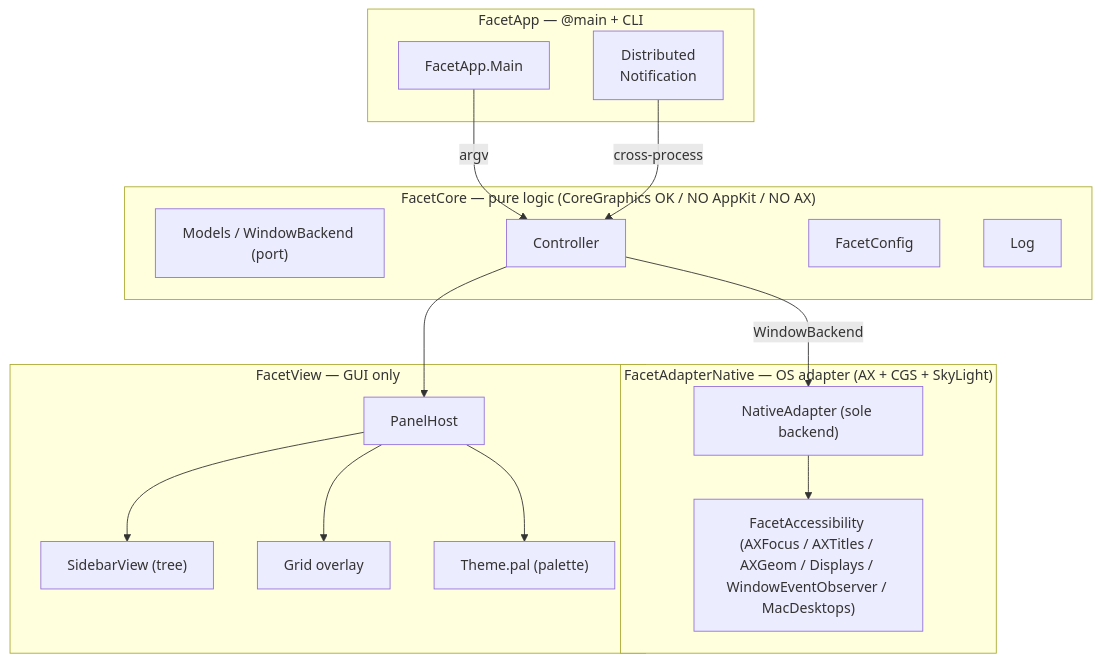
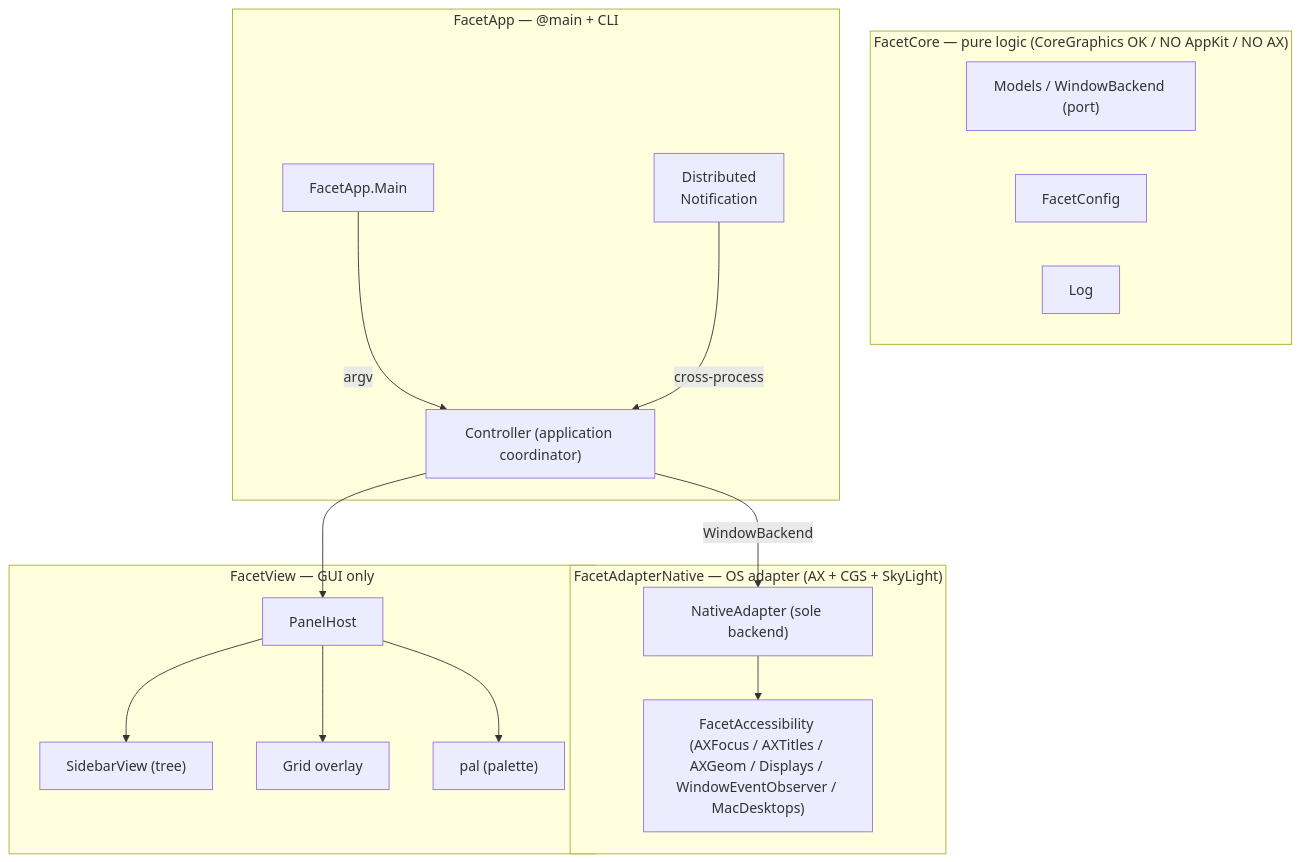
One commit to akira-toriyama/facet changed the first of 2 diagrams in docs/glossary.md. Above: the diagram before and after it, drawn with Mermaid. The commit also changed other lines of this file and 2 other files, not shown here.

First line of the commit message:
:memo: docs: 監査で見つかった doc/code 矛盾の整理（Controller/ArgCursor 層・pal ラベル・gridScaledWindowRect・RailOverlay）

````diff
--- a/docs/glossary.md
+++ b/docs/glossary.md
@@ -38,31 +38,31 @@
 ```mermaid
 flowchart TB
   subgraph CORE["FacetCore — pure logic (CoreGraphics OK / NO AppKit / NO AX)"]
     MODELS["Models / WindowBackend (port)"]
-    CTRL["Controller"]
     CONFIG["FacetConfig"]
     LOG["Log"]
   end
   subgraph ADAPTER["FacetAdapterNative — OS adapter (AX + CGS + SkyLight)"]
     NATIVE["NativeAdapter (sole backend)"]
     AXHELPERS["FacetAccessibility (AXFocus / AXTitles / AXGeom / Displays / WindowEventObserver / MacDesktops)"]
   end
   subgraph VIEW["FacetView — GUI only"]
     PANELHOST["PanelHost"]
     SIDEBAR["SidebarView (tree)"]
     GRID["Grid overlay"]
-    THEME["Theme.pal (palette)"]
+    THEME["pal (palette)"]
   end
   subgraph APP["FacetApp — @main + CLI"]
     MAIN["FacetApp.Main"]
+    CTRL["Controller (application coordinator)"]
     DNC["Distributed<br/>Notification"]
   end
   MAIN -->|argv| CTRL
   DNC -->|cross-process| CTRL
   CTRL -->|WindowBackend| NATIVE
   NATIVE --> AXHELPERS
   CTRL --> PANELHOST
   PANELHOST --> SIDEBAR
   PANELHOST --> GRID
   PANELHOST --> THEME
 ```
````
